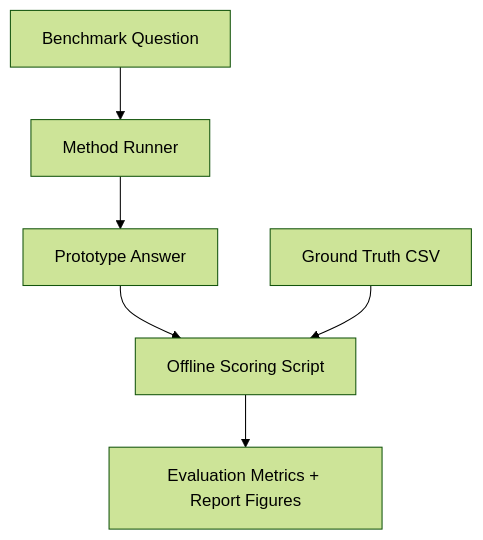
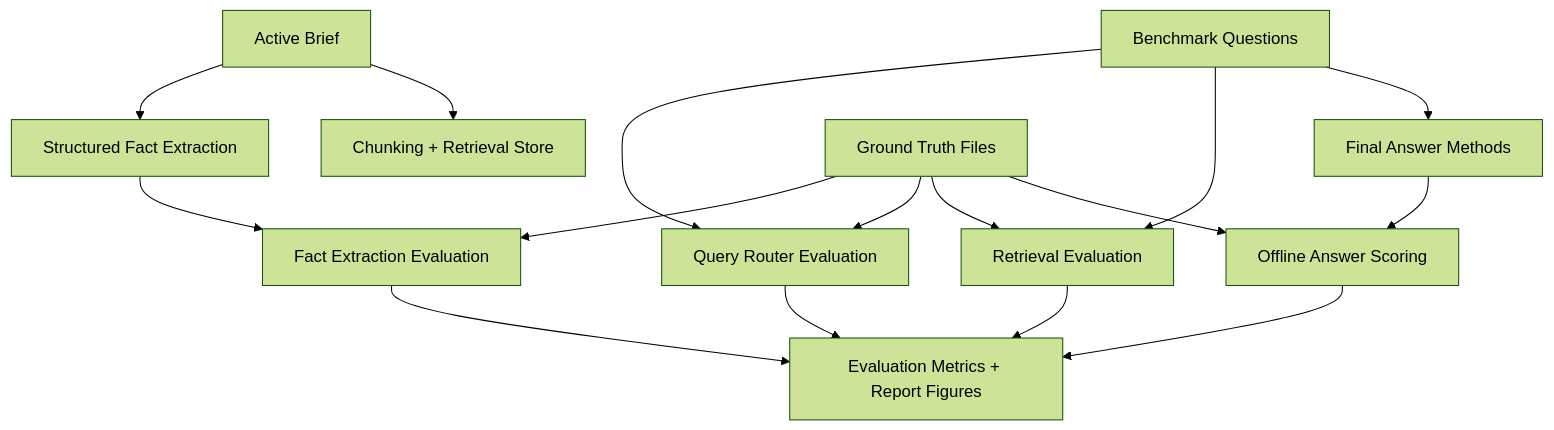
The second of 2 diagrams in README.md (chongyantang-ship-it/ai-document-assistant), drawn with Mermaid (forest theme) before and after one commit. The commit also changed other lines of this file and 29 other files, not shown here.

````diff
--- a/README.md
+++ b/README.md
@@ -259,8 +360,18 @@
 ```mermaid
 flowchart TD
-    A["Benchmark Question"] --> B["Method Runner"]
-    B --> C["Prototype Answer"]
-    C --> D["Offline Scoring Script"]
-    E["Ground Truth CSV"] --> D
-    D --> F["Evaluation Metrics + Report Figures"]
+    A["Active Brief"] --> B["Structured Fact Extraction"]
+    A --> C["Chunking + Retrieval Store"]
+    B --> D["Fact Extraction Evaluation"]
+    E["Benchmark Questions"] --> F["Query Router Evaluation"]
+    E --> G["Retrieval Evaluation"]
+    E --> H["Final Answer Methods"]
+    H --> I["Offline Answer Scoring"]
+    J["Ground Truth Files"] --> D
+    J --> F
+    J --> G
+    J --> I
+    D --> K["Evaluation Metrics + Report Figures"]
+    F --> K
+    G --> K
+    I --> K
 ```
````
